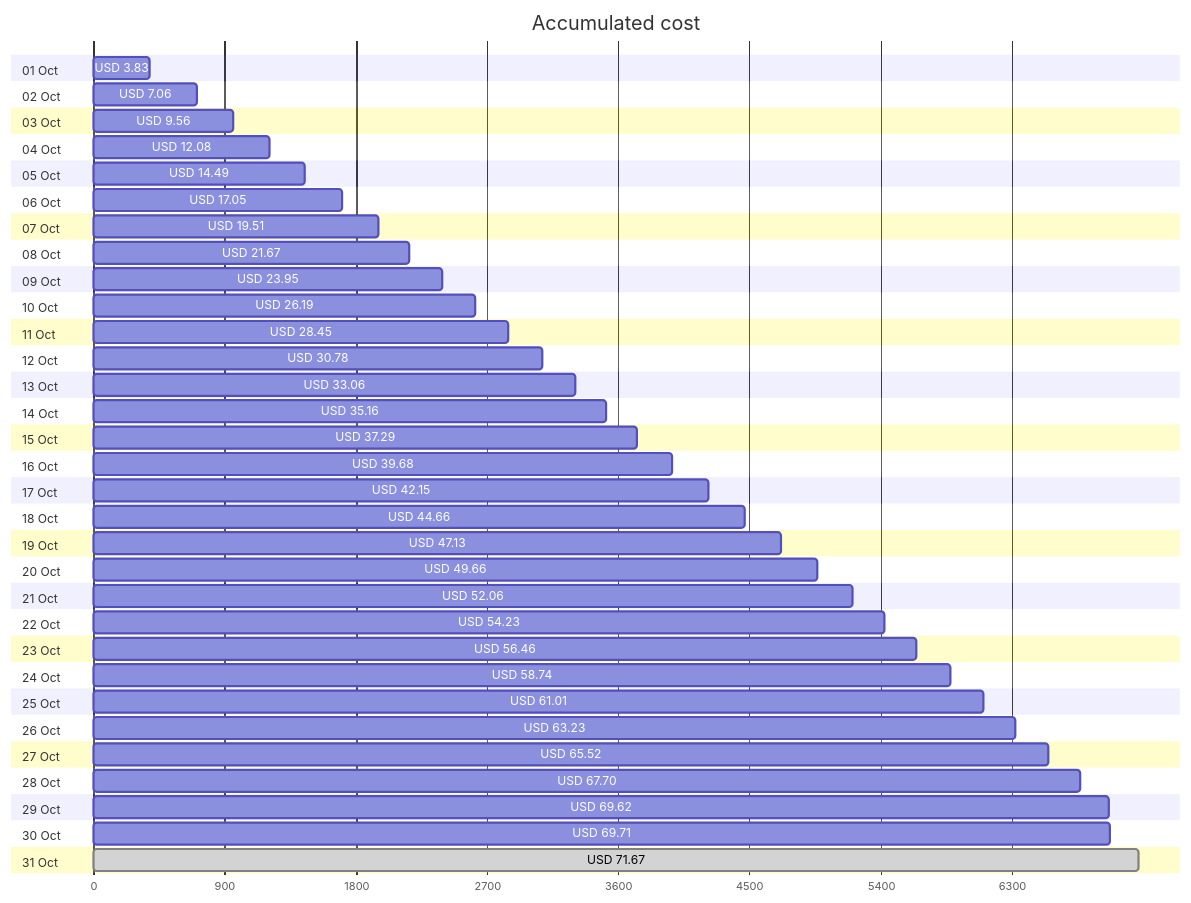
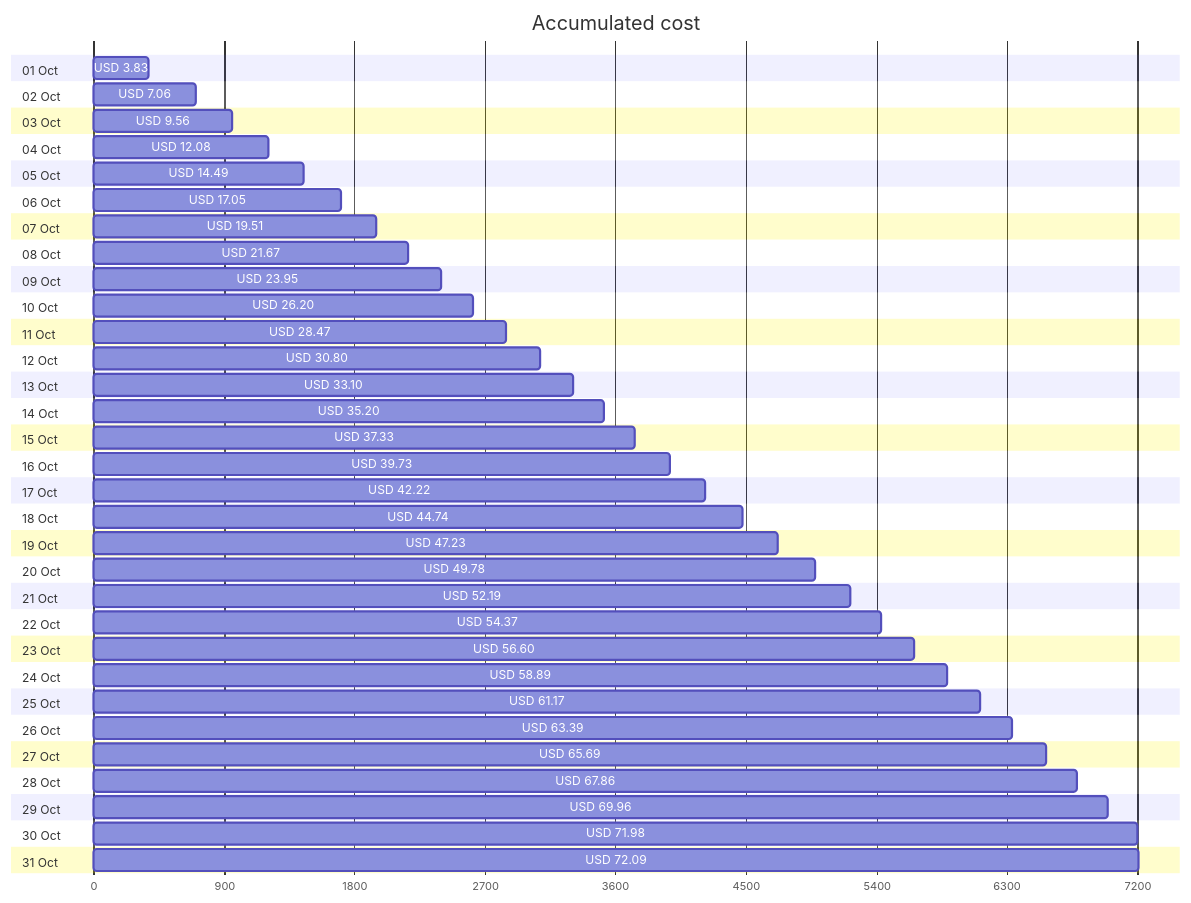
Before and after one commit to jpfulton/azure-personal-reports: the first of 4 diagrams in cost-reports/accumulated-cost.md, drawn with Mermaid. The commit also changed other lines of this file and 4 other files, not shown here.

````diff
--- a/cost-reports/accumulated-cost.md
+++ b/cost-reports/accumulated-cost.md
@@ -20,68 +20,68 @@
 ```mermaid
 gantt
    title Accumulated cost
    dateFormat  X
    axisFormat %s
    section 01 Oct
    USD 3.83 :0, 383
    section 02 Oct
    USD 7.06 :0, 706
    section 03 Oct
    USD 9.56 :0, 956
    section 04 Oct
    USD 12.08 :0, 1208
    section 05 Oct
    USD 14.49 :0, 1449
    section 06 Oct
    USD 17.05 :0, 1705
    section 07 Oct
    USD 19.51 :0, 1951
    section 08 Oct
    USD 21.67 :0, 2167
    section 09 Oct
    USD 23.95 :0, 2395
    section 10 Oct
-   USD 26.19 :0, 2619
+   USD 26.20 :0, 2620
    section 11 Oct
-   USD 28.45 :0, 2845
+   USD 28.47 :0, 2847
    section 12 Oct
-   USD 30.78 :0, 3078
+   USD 30.80 :0, 3080
    section 13 Oct
-   USD 33.06 :0, 3306
+   USD 33.10 :0, 3310
    section 14 Oct
-   USD 35.16 :0, 3516
+   USD 35.20 :0, 3520
    section 15 Oct
-   USD 37.29 :0, 3729
+   USD 37.33 :0, 3733
    section 16 Oct
-   USD 39.68 :0, 3968
+   USD 39.73 :0, 3973
    section 17 Oct
-   USD 42.15 :0, 4215
+   USD 42.22 :0, 4222
    section 18 Oct
-   USD 44.66 :0, 4466
+   USD 44.74 :0, 4474
    section 19 Oct
-   USD 47.13 :0, 4713
+   USD 47.23 :0, 4723
    section 20 Oct
-   USD 49.66 :0, 4966
+   USD 49.78 :0, 4978
    section 21 Oct
-   USD 52.06 :0, 5206
+   USD 52.19 :0, 5219
    section 22 Oct
-   USD 54.23 :0, 5423
+   USD 54.37 :0, 5437
    section 23 Oct
-   USD 56.46 :0, 5646
+   USD 56.60 :0, 5660
    section 24 Oct
-   USD 58.74 :0, 5874
+   USD 58.89 :0, 5889
    section 25 Oct
-   USD 61.01 :0, 6101
+   USD 61.17 :0, 6117
    section 26 Oct
-   USD 63.23 :0, 6323
+   USD 63.39 :0, 6339
    section 27 Oct
-   USD 65.52 :0, 6552
+   USD 65.69 :0, 6569
    section 28 Oct
-   USD 67.70 :0, 6770
+   USD 67.86 :0, 6786
    section 29 Oct
-   USD 69.62 :0, 6962
+   USD 69.96 :0, 6996
    section 30 Oct
-   USD 69.71 :0, 6971
+   USD 71.98 :0, 7198
    section 31 Oct
-   USD 71.67 : done, 0, 7167
+   USD 72.09 :0, 7209
 ```
````
